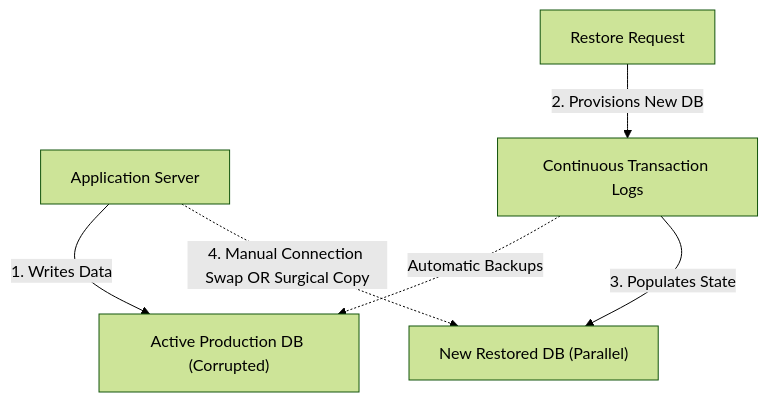
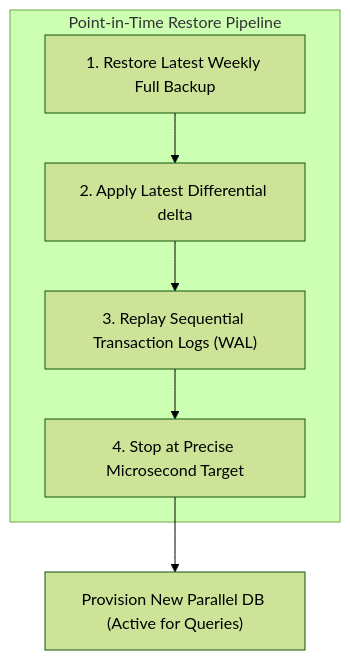
One commit to senlinyy/dev-roadmaps changed the second of 3 diagrams in cloud-providers/azure/storage-databases/backups-and-retention.md. Above: the diagram before and after it, drawn with Mermaid (forest theme). The commit also changed other lines of this file and 343 other files, not shown here.

````diff
--- a/cloud-providers/azure/storage-databases/backups-and-retention.md
+++ b/cloud-providers/azure/storage-databases/backups-and-retention.md
@@ -112,8 +186,10 @@
 ```mermaid
 flowchart TD
-    App["Application Server"] -->|"1. Writes Data"| ActiveDB["Active Production DB (Corrupted)"]
-    BackupStorage["Continuous Transaction Logs"] -.->|"Automatic Backups"| ActiveDB
-    RestoreTrigger["Restore Request"] -->|"2. Provisions New DB"| BackupStorage
-    BackupStorage -->|"3. Populates State"| RestoredDB["New Restored DB (Parallel)"]
-    App -.->|"4. Manual Connection Swap OR Surgical Copy"| RestoredDB
+    subgraph RestorePipeline["Point-in-Time Restore Pipeline"]
+        Baseline["1. Restore Latest Weekly Full Backup"] --> Diff["2. Apply Latest Differential delta"]
+        Diff --> LogReplay["3. Replay Sequential Transaction Logs (WAL)"]
+        LogReplay --> TargetTime["4. Stop at Precise Microsecond Target"]
+    end
+
+    TargetTime --> ParallelInstance["Provision New Parallel DB (Active for Queries)"]
 ```
````
